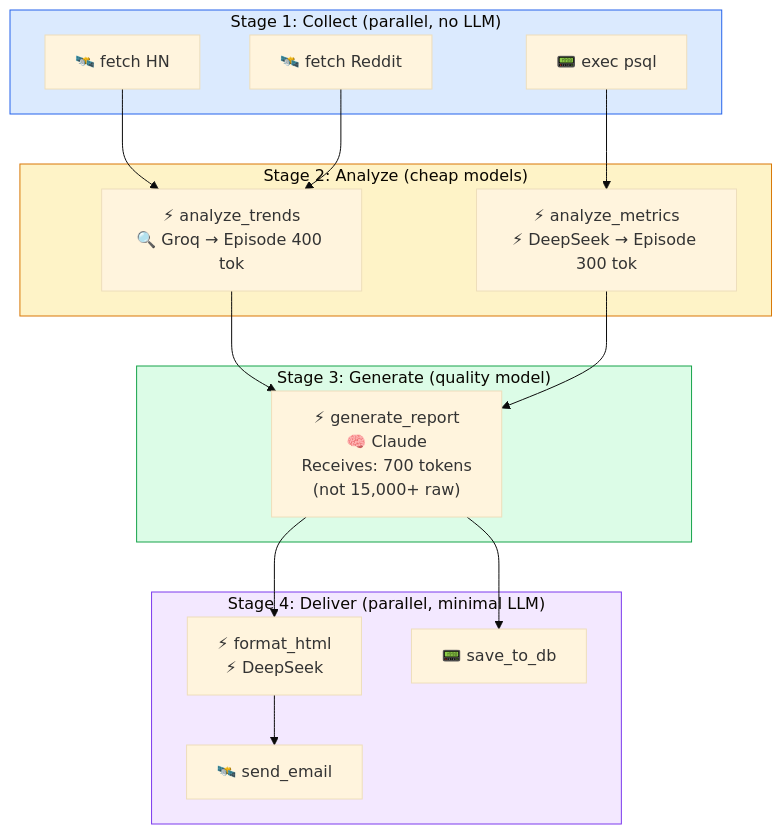
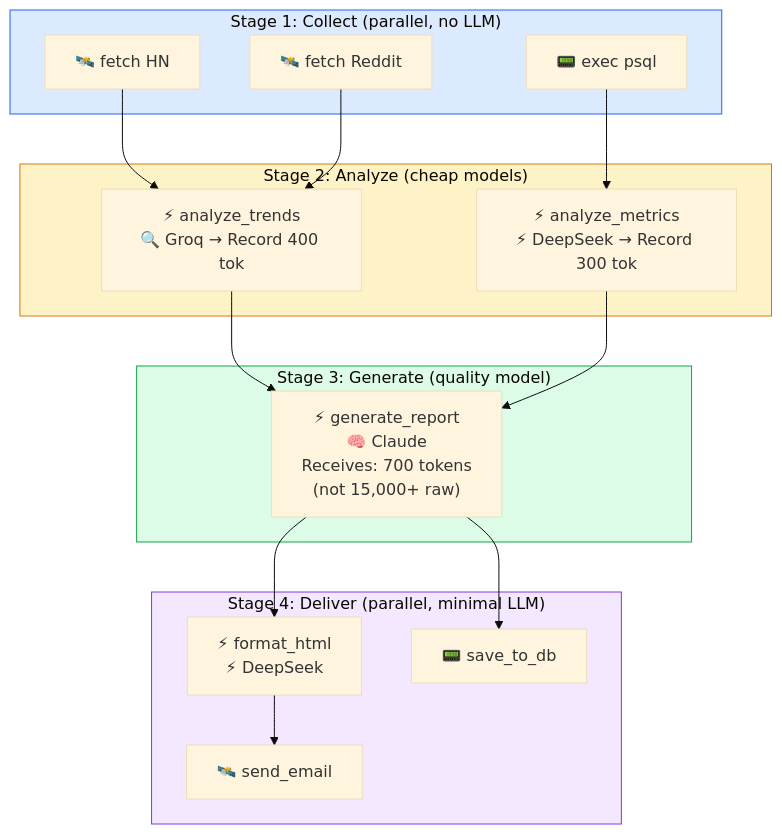
Before and after one commit to supernovae-st/nika: the first of 3 diagrams in docs/brainstorm/nika-evolution/09-use-cases-cookbook.md, drawn with Mermaid (base theme). The commit also changed other lines of this file and 12 other files, not shown here.

````diff
--- a/docs/brainstorm/nika-evolution/09-use-cases-cookbook.md
+++ b/docs/brainstorm/nika-evolution/09-use-cases-cookbook.md
@@ -190,37 +190,37 @@
 ```mermaid
 flowchart TB
     subgraph COLLECT["Stage 1: Collect (parallel, no LLM)"]
         HN["🛰️ fetch HN"]
         RED["🛰️ fetch Reddit"]
         DB["📟 exec psql"]
     end
 
     subgraph ANALYZE["Stage 2: Analyze (cheap models)"]
-        AT["⚡ analyze_trends\n🔍 Groq → Episode 400 tok"]
-        AM["⚡ analyze_metrics\n⚡ DeepSeek → Episode 300 tok"]
+        AT["⚡ analyze_trends\n🔍 Groq → Record 400 tok"]
+        AM["⚡ analyze_metrics\n⚡ DeepSeek → Record 300 tok"]
     end
 
     subgraph GENERATE["Stage 3: Generate (quality model)"]
         GR["⚡ generate_report\n🧠 Claude\nReceives: 700 tokens\n(not 15,000+ raw)"]
     end
 
     subgraph DELIVER["Stage 4: Deliver (parallel, minimal LLM)"]
         FH["⚡ format_html\n⚡ DeepSeek"]
         SE["🛰️ send_email"]
         SD["📟 save_to_db"]
     end
 
     HN --> AT
     RED --> AT
     DB --> AM
     AT --> GR
     AM --> GR
     GR --> FH
     FH --> SE
     GR --> SD
 
     style COLLECT fill:#dbeafe,stroke:#2563eb
     style ANALYZE fill:#fef3c7,stroke:#d97706
     style GENERATE fill:#dcfce7,stroke:#16a34a
     style DELIVER fill:#f3e8ff,stroke:#7c3aed
 ```
````
